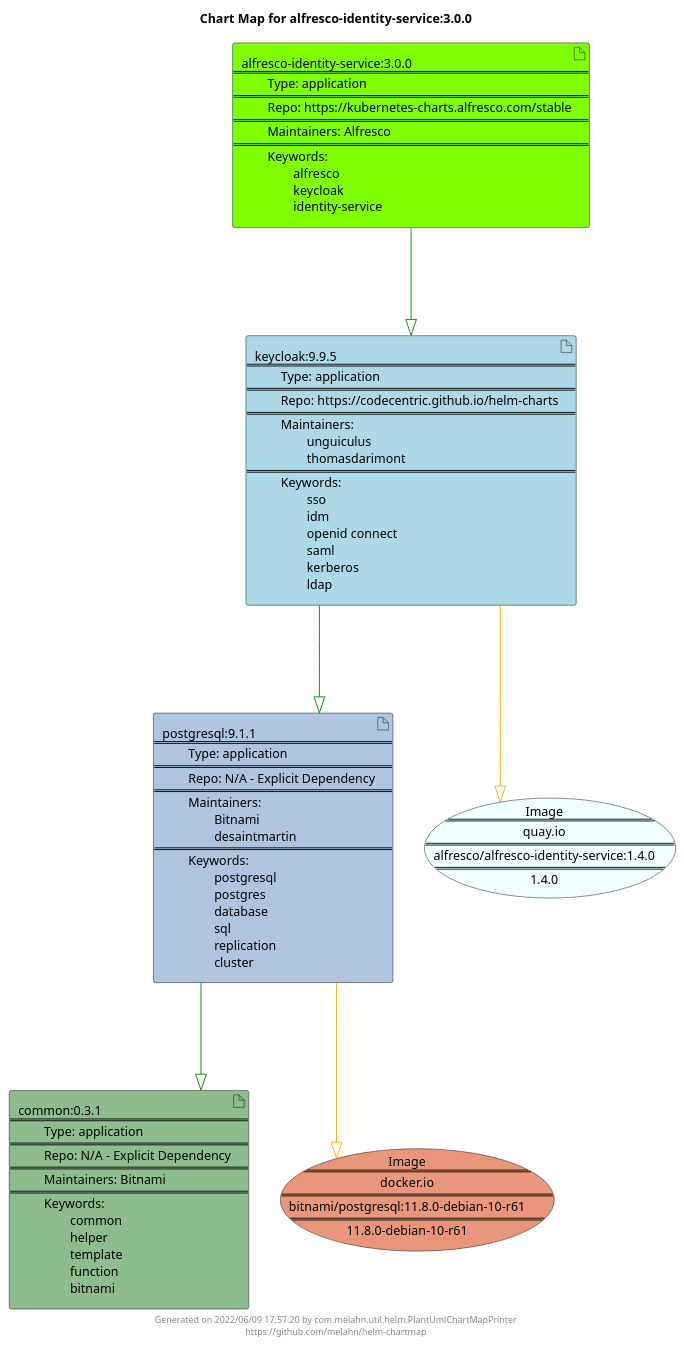
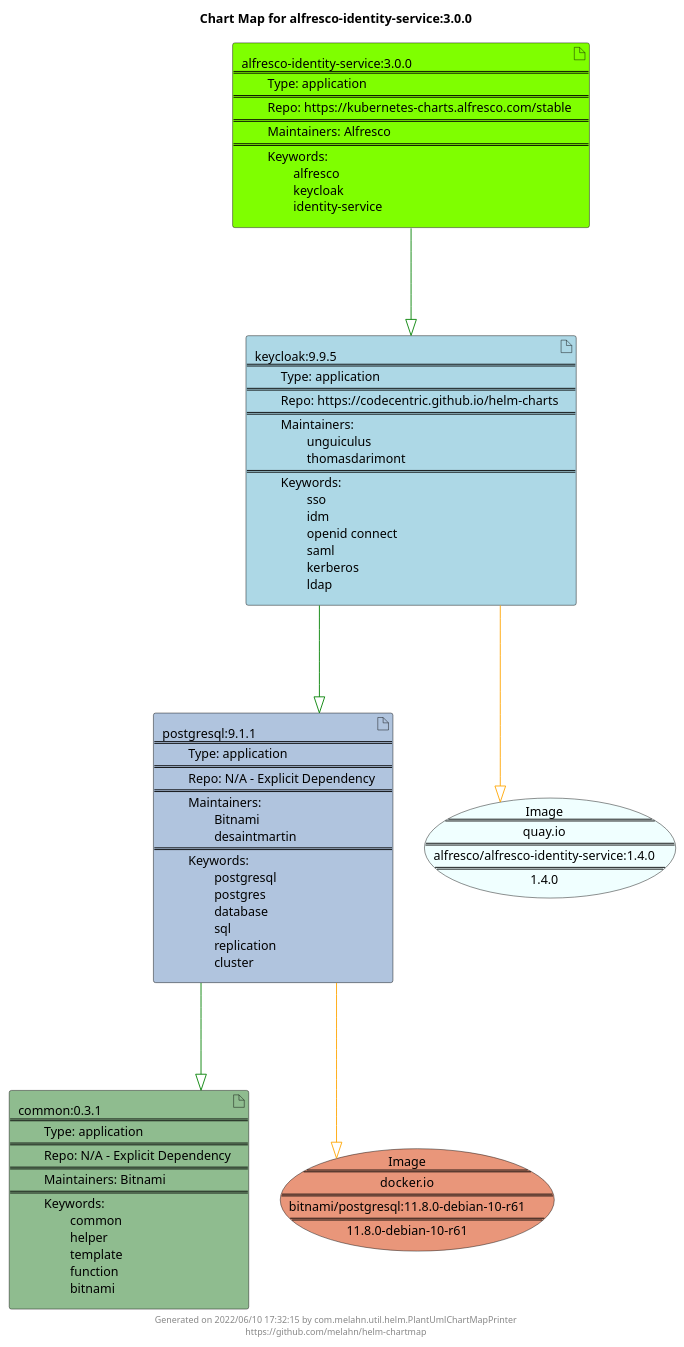
The diagram in docs/alfresco-identity-service/alfresco-identity-service-3.0.0.puml (melahn/helm-chartmap), drawn with PlantUML before and after one commit. The commit also changed 58 other files, not shown here.

Commit message:
Update Example Chart Maps as part of GitHub build

```diff
--- a/docs/alfresco-identity-service/alfresco-identity-service-3.0.0.puml
+++ b/docs/alfresco-identity-service/alfresco-identity-service-3.0.0.puml
@@ -1,29 +1,29 @@
 @startuml
 skinparam linetype ortho
 skinparam backgroundColor white
 skinparam usecaseBorderColor black
 skinparam usecaseArrowColor LightSlateGray
 skinparam artifactBorderColor black
 skinparam artifactArrowColor LightSlateGray
 
 title Chart Map for alfresco-identity-service:3.0.0
 
 'There are 4 referenced Helm Charts
 artifact "postgresql:9.1.1\n====\n\tType: application\n====\n\tRepo: N/A - Explicit Dependency\n====\n\tMaintainers: \n\t\tBitnami\n\t\tdesaintmartin\n====\n\tKeywords: \n\t\tpostgresql\n\t\tpostgres\n\t\tdatabase\n\t\tsql\n\t\treplication\n\t\tcluster" as postgresql_9_1_1 #LightSteelBlue
 artifact "alfresco-identity-service:3.0.0\n====\n\tType: application\n====\n\tRepo: https://kubernetes-charts.alfresco.com/stable\n====\n\tMaintainers: Alfresco\n====\n\tKeywords: \n\t\talfresco\n\t\tkeycloak\n\t\tidentity-service" as alfresco_identity_service_3_0_0 #Chartreuse
 artifact "keycloak:9.9.5\n====\n\tType: application\n====\n\tRepo: https://codecentric.github.io/helm-charts\n====\n\tMaintainers: \n\t\tunguiculus\n\t\tthomasdarimont\n====\n\tKeywords: \n\t\tsso\n\t\tidm\n\t\topenid connect\n\t\tsaml\n\t\tkerberos\n\t\tldap" as keycloak_9_9_5 #LightBlue
 artifact "common:0.3.1\n====\n\tType: application\n====\n\tRepo: N/A - Explicit Dependency\n====\n\tMaintainers: Bitnami\n====\n\tKeywords: \n\t\tcommon\n\t\thelper\n\t\ttemplate\n\t\tfunction\n\t\tbitnami" as common_0_3_1 #DarkSeaGreen
 
 'There are 2 referenced Docker Images
 usecase "Image\n====\ndocker.io\n====\nbitnami/postgresql:11.8.0-debian-10-r61\n====\n11.8.0-debian-10-r61" as docker_io_bitnami_postgresql_11_8_0_debian_10_r61 #DarkSalmon
 usecase "Image\n====\nquay.io\n====\nalfresco/alfresco-identity-service:1.4.0\n====\n1.4.0" as quay_io_alfresco_alfresco_identity_service_1_4_0 #Azure
 
 'Chart Dependencies
 alfresco_identity_service_3_0_0--[#green]-|>keycloak_9_9_5
 keycloak_9_9_5--[#green]-|>postgresql_9_1_1
 postgresql_9_1_1--[#green]-|>common_0_3_1
 postgresql_9_1_1--[#orange]-|>docker_io_bitnami_postgresql_11_8_0_debian_10_r61
 keycloak_9_9_5--[#orange]-|>quay_io_alfresco_alfresco_identity_service_1_4_0
 
-center footer Generated on 2022/06/09 17:57:20 by com.melahn.util.helm.PlantUmlChartMapPrinter\nhttps://github.com/melahn/helm-chartmap
+center footer Generated on 2022/06/10 17:32:15 by com.melahn.util.helm.PlantUmlChartMapPrinter\nhttps://github.com/melahn/helm-chartmap
 @enduml
```
